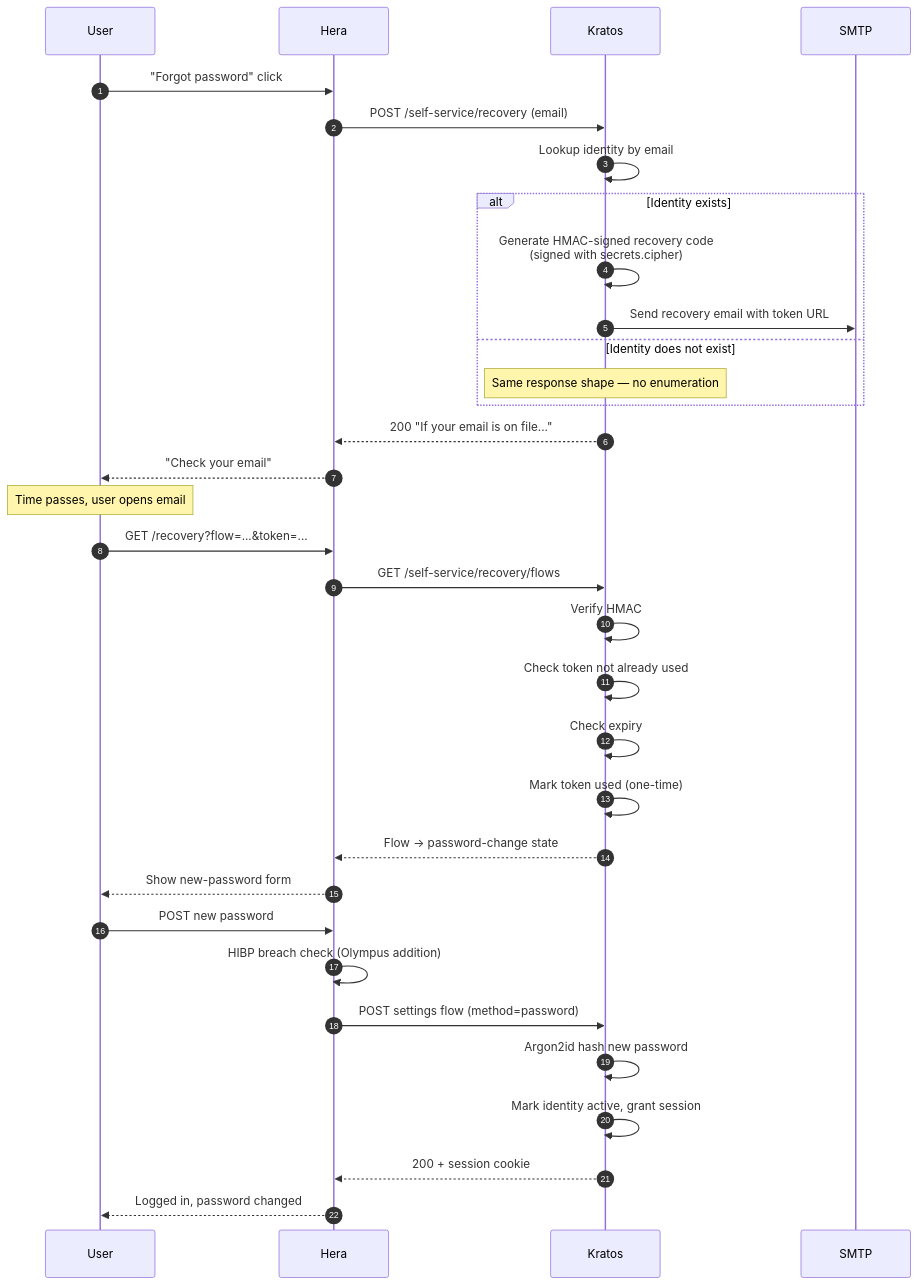
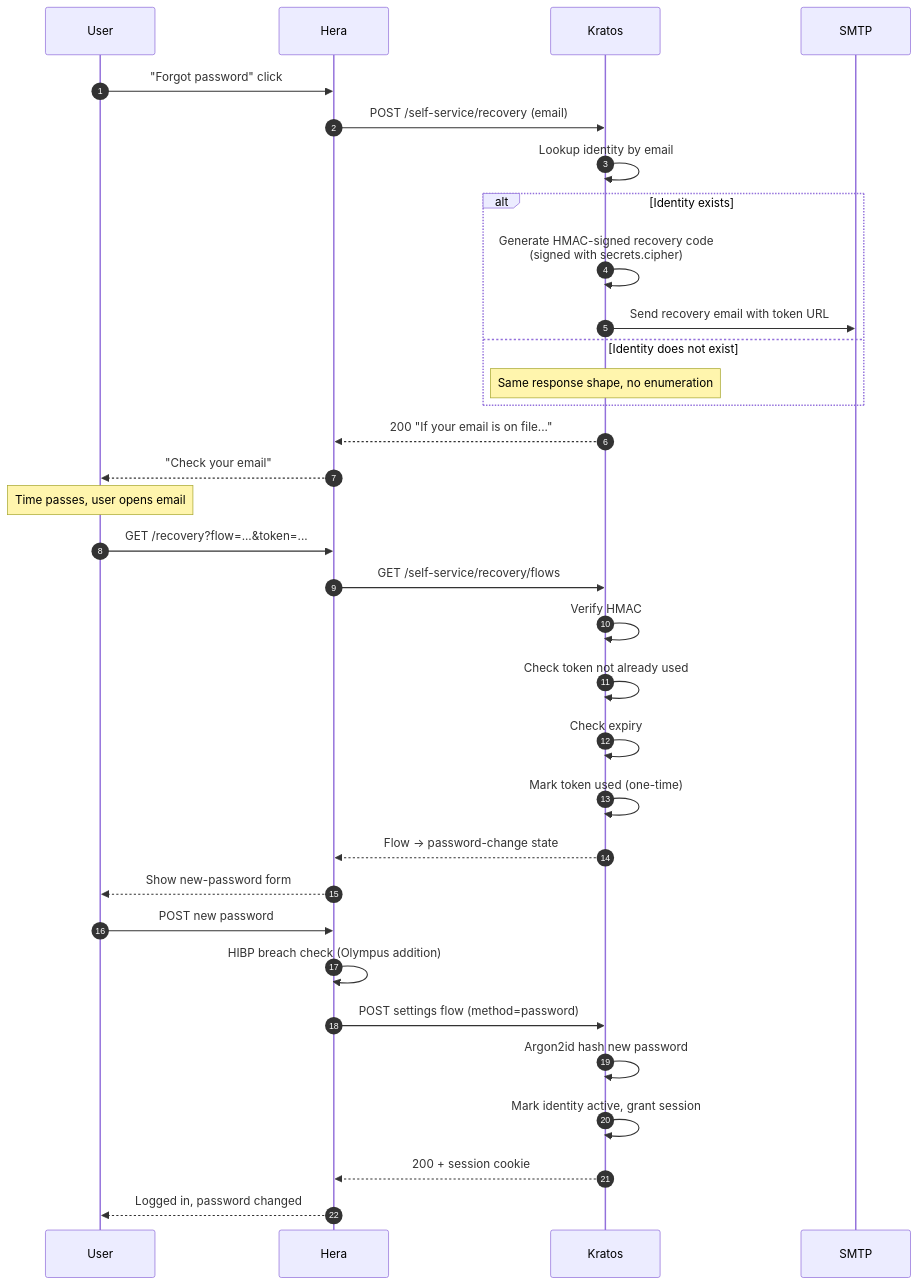
Before and after one commit to OlympusOSS/site: the diagram in content/docs/reference/diagrams/seq-recovery-hmac.mdx, drawn with Mermaid. The commit also changed other lines of this file and 1515 other files, not shown here.

````diff
--- a/content/docs/reference/diagrams/seq-recovery-hmac.mdx
+++ b/content/docs/reference/diagrams/seq-recovery-hmac.mdx
@@ -6,38 +6,38 @@
 ```mermaid
 sequenceDiagram
     autonumber
     participant User
     participant Hera
     participant Kratos
     participant SMTP
 
     User->>Hera: "Forgot password" click
     Hera->>Kratos: POST /self-service/recovery (email)
     Kratos->>Kratos: Lookup identity by email
     alt Identity exists
         Kratos->>Kratos: Generate HMAC-signed recovery code<br/>(signed with secrets.cipher)
         Kratos->>SMTP: Send recovery email with token URL
     else Identity does not exist
-        Note over Kratos: Same response shape — no enumeration
+        Note over Kratos: Same response shape, no enumeration
     end
     Kratos-->>Hera: 200 "If your email is on file..."
     Hera-->>User: "Check your email"
 
     Note over User: Time passes, user opens email
     User->>Hera: GET /recovery?flow=...&token=...
     Hera->>Kratos: GET /self-service/recovery/flows
     Kratos->>Kratos: Verify HMAC
     Kratos->>Kratos: Check token not already used
     Kratos->>Kratos: Check expiry
     Kratos->>Kratos: Mark token used (one-time)
     Kratos-->>Hera: Flow → password-change state
     Hera-->>User: Show new-password form
 
     User->>Hera: POST new password
     Hera->>Hera: HIBP breach check (Olympus addition)
     Hera->>Kratos: POST settings flow (method=password)
     Kratos->>Kratos: Argon2id hash new password
     Kratos->>Kratos: Mark identity active, grant session
     Kratos-->>Hera: 200 + session cookie
     Hera-->>User: Logged in, password changed
 ```
````
